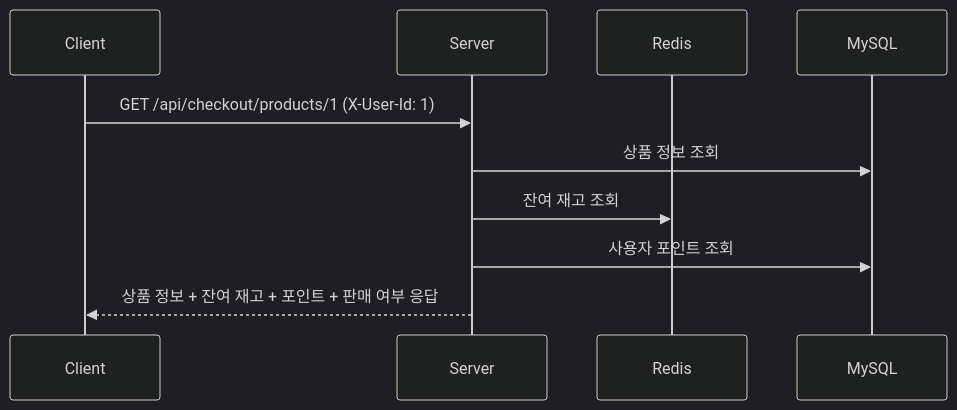
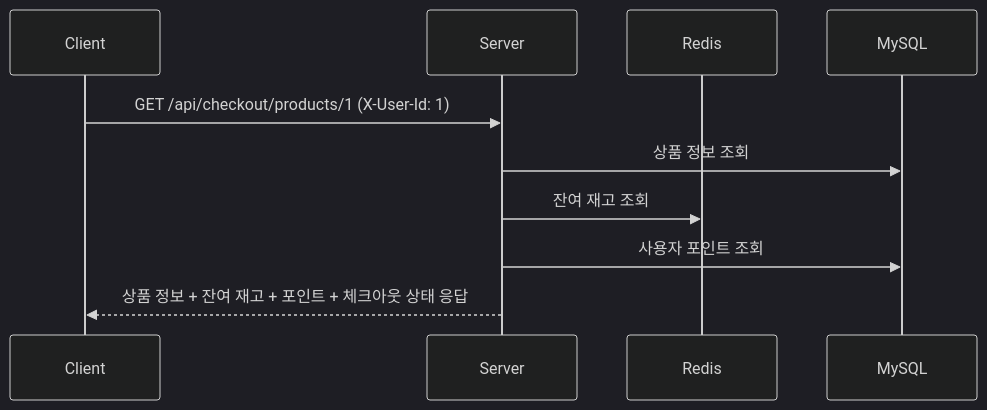
The second of 4 diagrams in README.md (hyunmin0317/reservation-payment-platform), drawn with Mermaid (dark theme) before and after one commit. The commit also changed 1 other file, not shown here.

Commit message:
docs: 현재 버전에 맞게 문서 동기화 (#254)

````diff
--- a/README.md
+++ b/README.md
@@ -324,13 +324,13 @@
 ```mermaid
 sequenceDiagram
     participant C as Client
     participant S as Server
     participant R as Redis
     participant DB as MySQL
 
     C->>S: GET /api/checkout/products/1 (X-User-Id: 1)
     S->>DB: 상품 정보 조회
     S->>R: 잔여 재고 조회
     S->>DB: 사용자 포인트 조회
-    S-->>C: 상품 정보 + 잔여 재고 + 포인트 + 판매 여부 응답
+    S-->>C: 상품 정보 + 잔여 재고 + 포인트 + 체크아웃 상태 응답
 ```
````
